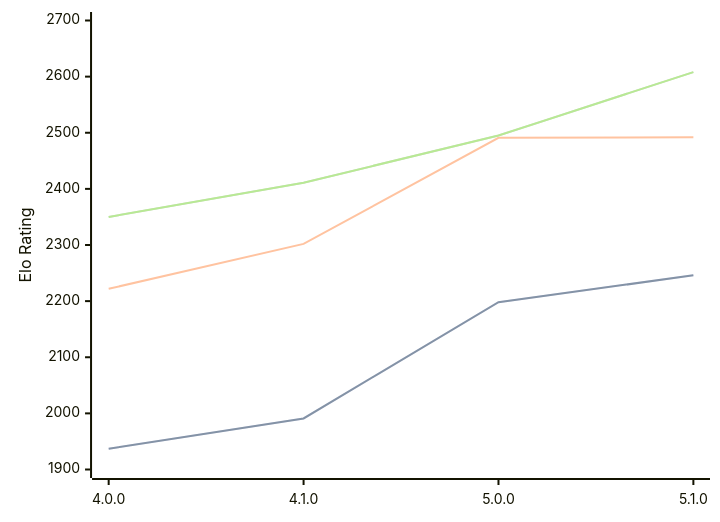
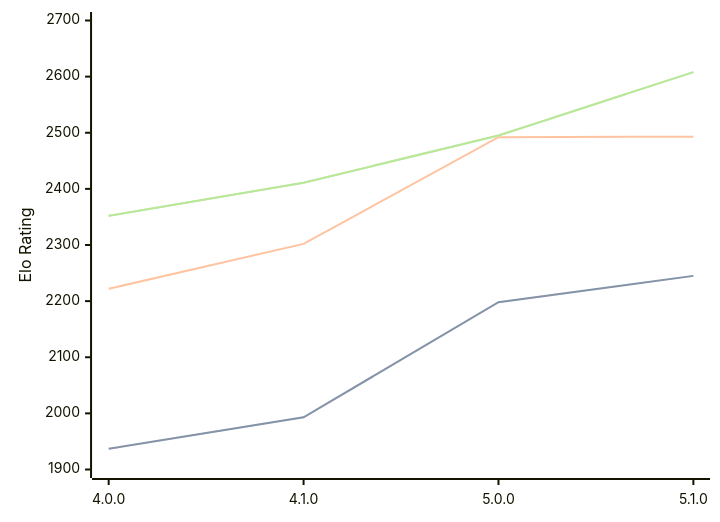
The diagram in engines/Aconcagua.md (computer-chess-index/cci), drawn with Mermaid before and after one commit. The commit also changed other lines of this file, not shown here.

Commit message:
Update CCI Ratings (ELO VLTC) - 2026-04-22

````diff
--- a/engines/Aconcagua.md
+++ b/engines/Aconcagua.md
@@ -43,11 +43,11 @@
 ```mermaid
 %%{init: {"theme":"base","themeVariables":{"seriesColors:['#a3a3a3','#222221','#faa371']}}}%%
 xychart-beta
   x-axis ["4.0.0", "4.1.0", "5.0.0", "5.1.0"]
   y-axis "Elo Rating" 1900 --> 2700
-  line "STC (8.0+0.08s)" [1937, 1991, 2198, 2246]
-  line "STC (8.0+0.08s)" [1937, 1991, 2198, 2246]
-  line "LTC (60.0+0.60s)" [2222, 2302, 2491, 2492]
-  line "VLTC (2m24s+1.12s)" [2350, 2411, 2495, 2608]
-  line "VLTC (2m24s+1.12s)" [2350, 2411, 2495, 2608]
+  line "STC (8.0+0.08s)" [1937, 1993, 2198, 2245]
+  line "STC (8.0+0.08s)" [1937, 1993, 2198, 2245]
+  line "LTC (60.0+0.60s)" [2222, 2302, 2492, 2493]
+  line "VLTC (2m24s+1.12s)" [2352, 2411, 2495, 2608]
+  line "VLTC (2m24s+1.12s)" [2352, 2411, 2495, 2608]
 ```
````
